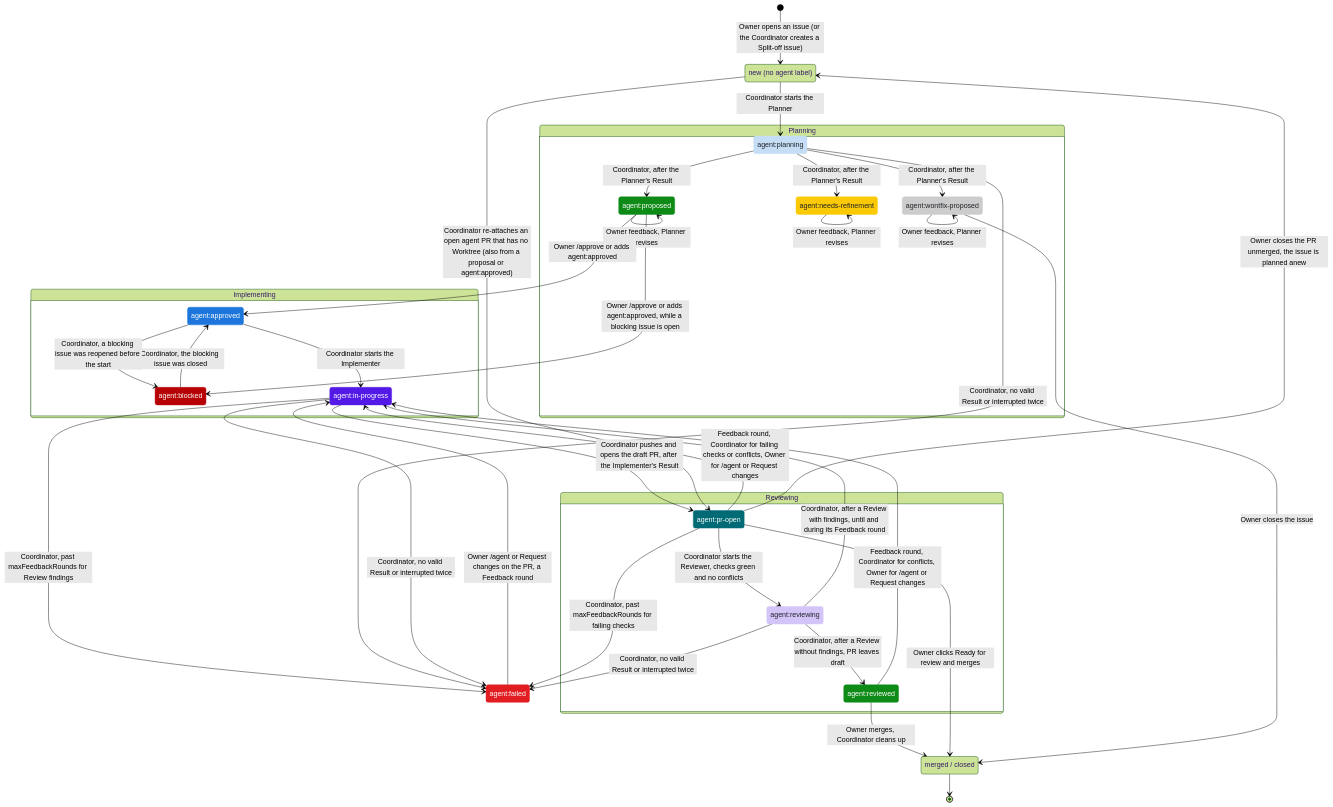
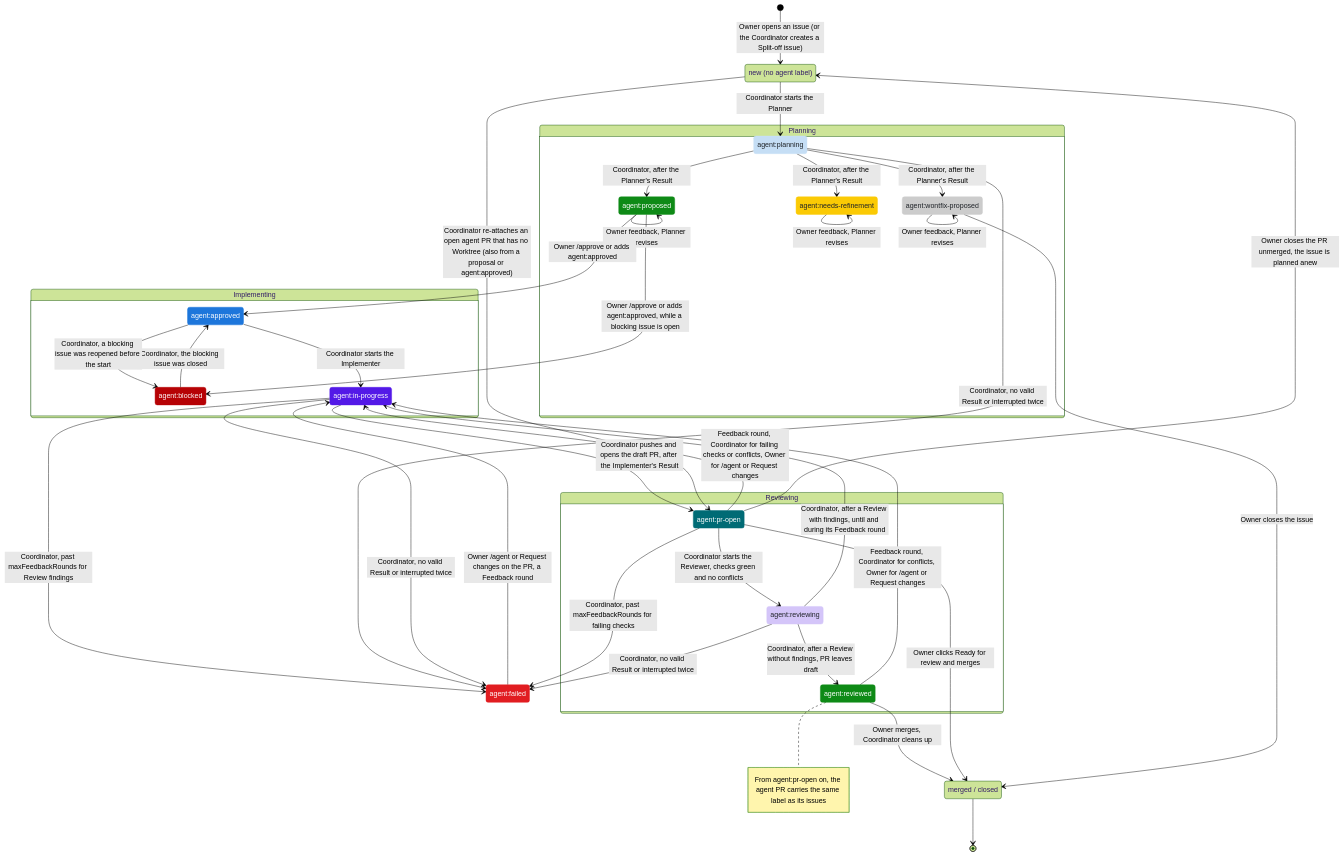
One commit to Flayms/Github-Issue-Coordinator changed the diagram in README.md. Above: the diagram before and after it, drawn with Mermaid (forest theme). The commit also changed other lines of this file and 14 other files, not shown here.

First line of the commit message:
feat: show the PR-phase label on the agent PR too (REQ-001-52)

````diff
--- a/README.md
+++ b/README.md
@@ -31,79 +31,80 @@
 ```mermaid
 stateDiagram-v2
     state "new (no agent label)" as new
     state "agent:failed" as failed
     state "merged / closed" as done
 
     state Planning {
         state "agent:planning" as planning
         state "agent:proposed" as proposed
         state "agent:needs-refinement" as refinement
         state "agent:wontfix-proposed" as wontfix
     }
     state Implementing {
         state "agent:approved" as approved
         state "agent:blocked" as blocked
         state "agent:in-progress" as inprogress
     }
     state Reviewing {
         state "agent:pr-open" as propen
         state "agent:reviewing" as reviewing
         state "agent:reviewed" as reviewed
     }
 
     [*] --> new : Owner opens an issue (or the Coordinator creates a Split-off issue)
     new --> planning : Coordinator starts the Planner
     planning --> proposed : Coordinator, after the Planner's Result
     planning --> refinement : Coordinator, after the Planner's Result
     planning --> wontfix : Coordinator, after the Planner's Result
     proposed --> proposed : Owner feedback, Planner revises
     refinement --> refinement : Owner feedback, Planner revises
     wontfix --> wontfix : Owner feedback, Planner revises
     proposed --> approved : Owner /approve or adds agent#58;approved
     proposed --> blocked : Owner /approve or adds agent#58;approved, while a blocking issue is open
     blocked --> approved : Coordinator, the blocking issue was closed
     approved --> blocked : Coordinator, a blocking issue was reopened before the start
     approved --> inprogress : Coordinator starts the Implementer
     inprogress --> propen : Coordinator pushes and opens the draft PR, after the Implementer's Result
     propen --> reviewing : Coordinator starts the Reviewer, checks green and no conflicts
     reviewing --> reviewed : Coordinator, after a Review without findings, PR leaves draft
     reviewing --> inprogress : Coordinator, after a Review with findings, until and during its Feedback round
     propen --> inprogress : Feedback round, Coordinator for failing checks or conflicts, Owner for /agent or Request changes
     reviewed --> inprogress : Feedback round, Coordinator for conflicts, Owner for /agent or Request changes
     propen --> failed : Coordinator, past maxFeedbackRounds for failing checks
     inprogress --> failed : Coordinator, past maxFeedbackRounds for Review findings
     planning --> failed : Coordinator, no valid Result or interrupted twice
     inprogress --> failed : Coordinator, no valid Result or interrupted twice
     reviewing --> failed : Coordinator, no valid Result or interrupted twice
     failed --> inprogress : Owner /agent or Request changes on the PR, a Feedback round
     reviewed --> done : Owner merges, Coordinator cleans up
     propen --> done : Owner clicks Ready for review and merges
     propen --> new : Owner closes the PR unmerged, the issue is planned anew
     new --> propen : Coordinator re-attaches an open agent PR that has no Worktree (also from a proposal or agent#58;approved)
     wontfix --> done : Owner closes the issue
     done --> [*]
+    note right of reviewed : From agent#58;pr-open on, the agent PR carries the same label as its issues
 
     %% Label colours from src/labels.ts, as on GitHub
     classDef l_planning fill:#c5def5,stroke:#c5def5,color:#1f2328
     classDef l_proposed fill:#0e8a16,stroke:#0e8a16,color:#ffffff
     classDef l_refinement fill:#fbca04,stroke:#fbca04,color:#1f2328
     classDef l_wontfix fill:#cccccc,stroke:#cccccc,color:#1f2328
     classDef l_approved fill:#1d76db,stroke:#1d76db,color:#ffffff
     classDef l_blocked fill:#b60205,stroke:#b60205,color:#ffffff
     classDef l_inprogress fill:#5319e7,stroke:#5319e7,color:#ffffff
     classDef l_propen fill:#006b75,stroke:#006b75,color:#ffffff
     classDef l_reviewing fill:#d4c5f9,stroke:#d4c5f9,color:#1f2328
     classDef l_reviewed fill:#0e8a16,stroke:#0e8a16,color:#ffffff
     classDef l_failed fill:#e11d21,stroke:#e11d21,color:#ffffff
     class planning l_planning
     class proposed l_proposed
     class refinement l_refinement
     class wontfix l_wontfix
     class approved l_approved
     class blocked l_blocked
     class inprogress l_inprogress
     class propen l_propen
     class reviewing l_reviewing
     class reviewed l_reviewed
     class failed l_failed
 ```
````
